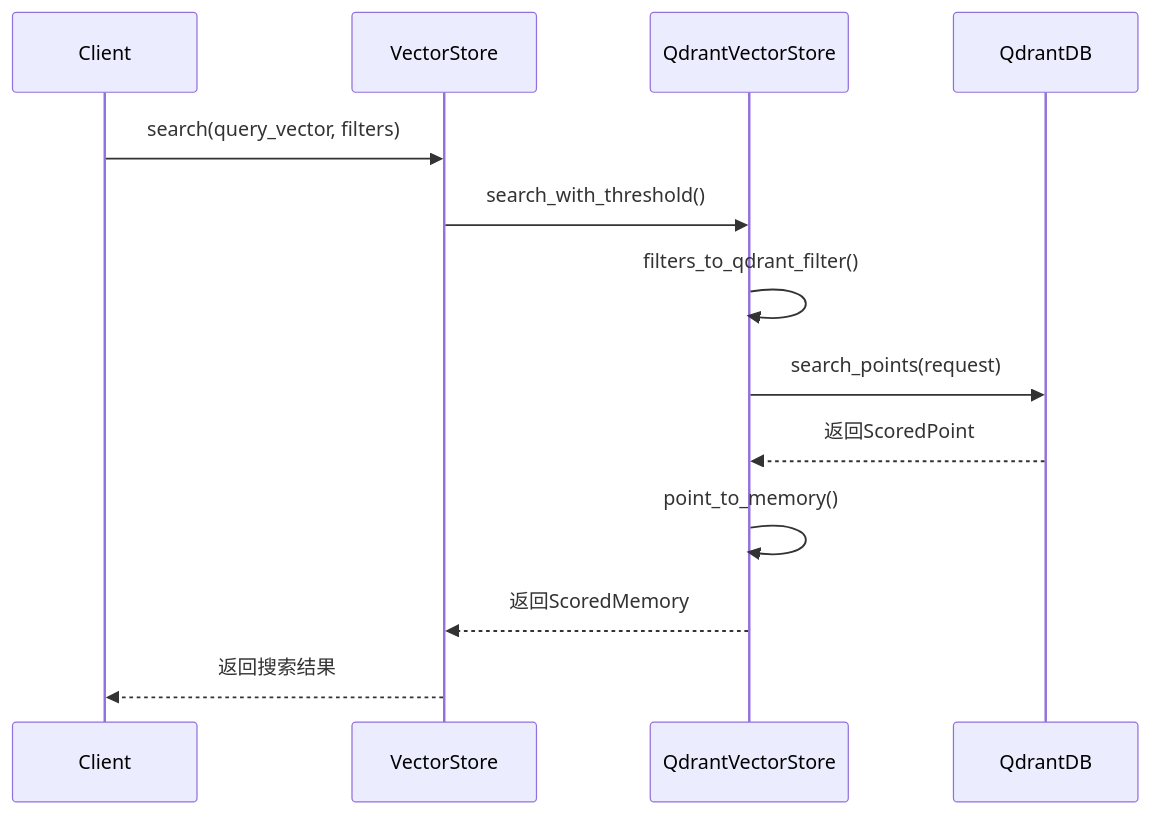
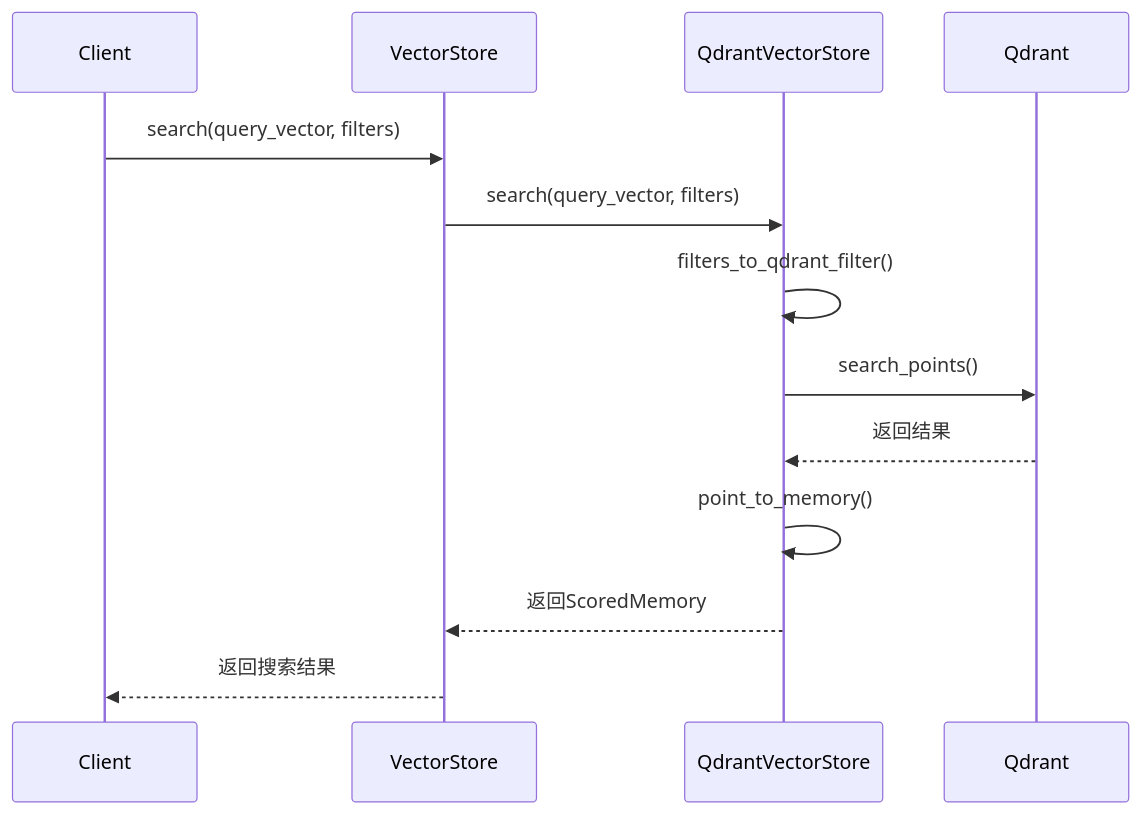
Before and after one commit to sopaco/cortex-mem: the second of 2 diagrams in litho.docs/4、深入探索/向量存储域.md, drawn with Mermaid. The commit also changed other lines of this file and 16 other files, not shown here.

````diff
--- a/litho.docs/4、深入探索/向量存储域.md
+++ b/litho.docs/4、深入探索/向量存储域.md
@@ -205,16 +352,16 @@
 ```mermaid
 sequenceDiagram
     participant Client
     participant VectorStore
     participant QdrantVectorStore
-    participant QdrantDB
-    
+    participant Qdrant
+
     Client->>VectorStore: search(query_vector, filters)
-    VectorStore->>QdrantVectorStore: search_with_threshold()
+    VectorStore->>QdrantVectorStore: search(query_vector, filters)
     QdrantVectorStore->>QdrantVectorStore: filters_to_qdrant_filter()
-    QdrantVectorStore->>QdrantDB: search_points(request)
-    QdrantDB-->>QdrantVectorStore: 返回ScoredPoint
+    QdrantVectorStore->>Qdrant: search_points()
+    Qdrant-->>QdrantVectorStore: 返回结果
     QdrantVectorStore->>QdrantVectorStore: point_to_memory()
     QdrantVectorStore-->>VectorStore: 返回ScoredMemory
     VectorStore-->>Client: 返回搜索结果
 ```
````
